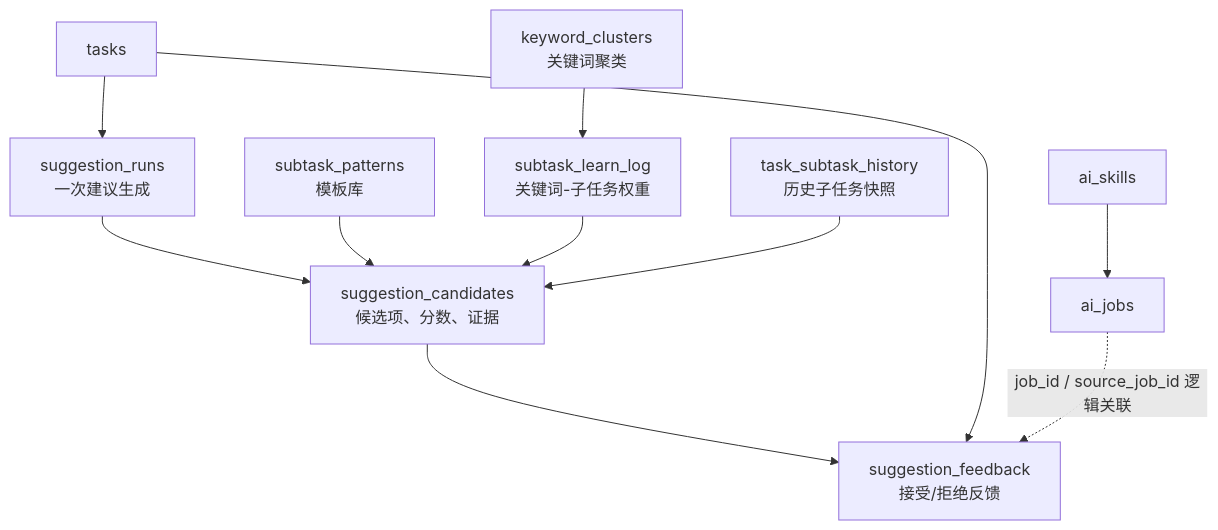
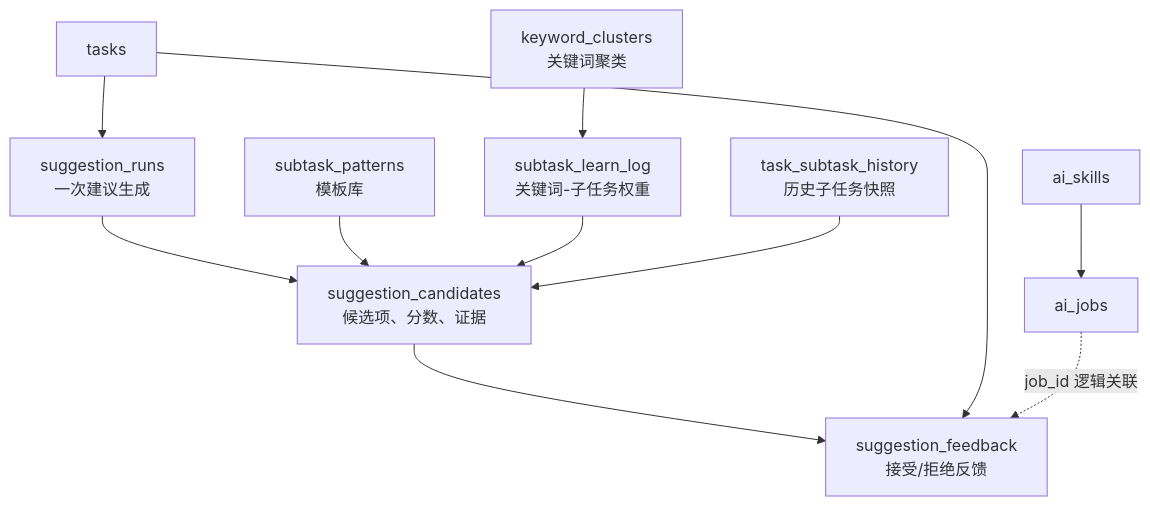
The fourth of 10 diagrams in docs/数据库设计说明.md (Jianzhe228/tracker), drawn with Mermaid before and after one commit. The commit also changed other lines of this file and 9 other files, not shown here.

First line of the commit message:
refactor(db)!: treat current schema as v1, drop all pre-release compatibility

````diff
--- a/docs/数据库设计说明.md
+++ b/docs/数据库设计说明.md
@@ -168,14 +165,14 @@
 ```mermaid
 graph TD
   Task["tasks"] --> Run["suggestion_runs<br/>一次建议生成"]
   Run --> Candidate["suggestion_candidates<br/>候选项、分数、证据"]
   Candidate --> Feedback["suggestion_feedback<br/>接受/拒绝反馈"]
   Task --> Feedback
 
   Pattern["subtask_patterns<br/>模板库"] --> Candidate
   Learn["subtask_learn_log<br/>关键词-子任务权重"] --> Candidate
   Cluster["keyword_clusters<br/>关键词聚类"] --> Learn
   History["task_subtask_history<br/>历史子任务快照"] --> Candidate
   Skill["ai_skills"] --> Job["ai_jobs"]
-  Job -. "job_id / source_job_id 逻辑关联" .-> Feedback
+  Job -. "job_id 逻辑关联" .-> Feedback
 ```
````
